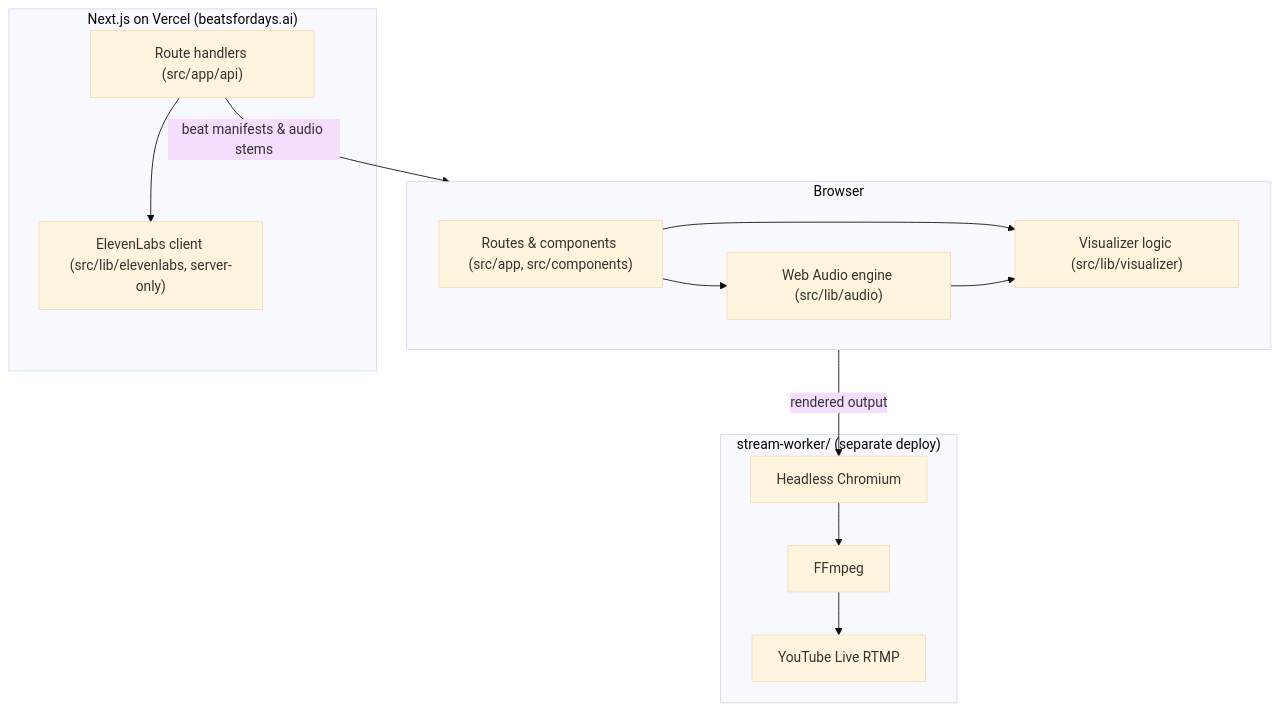
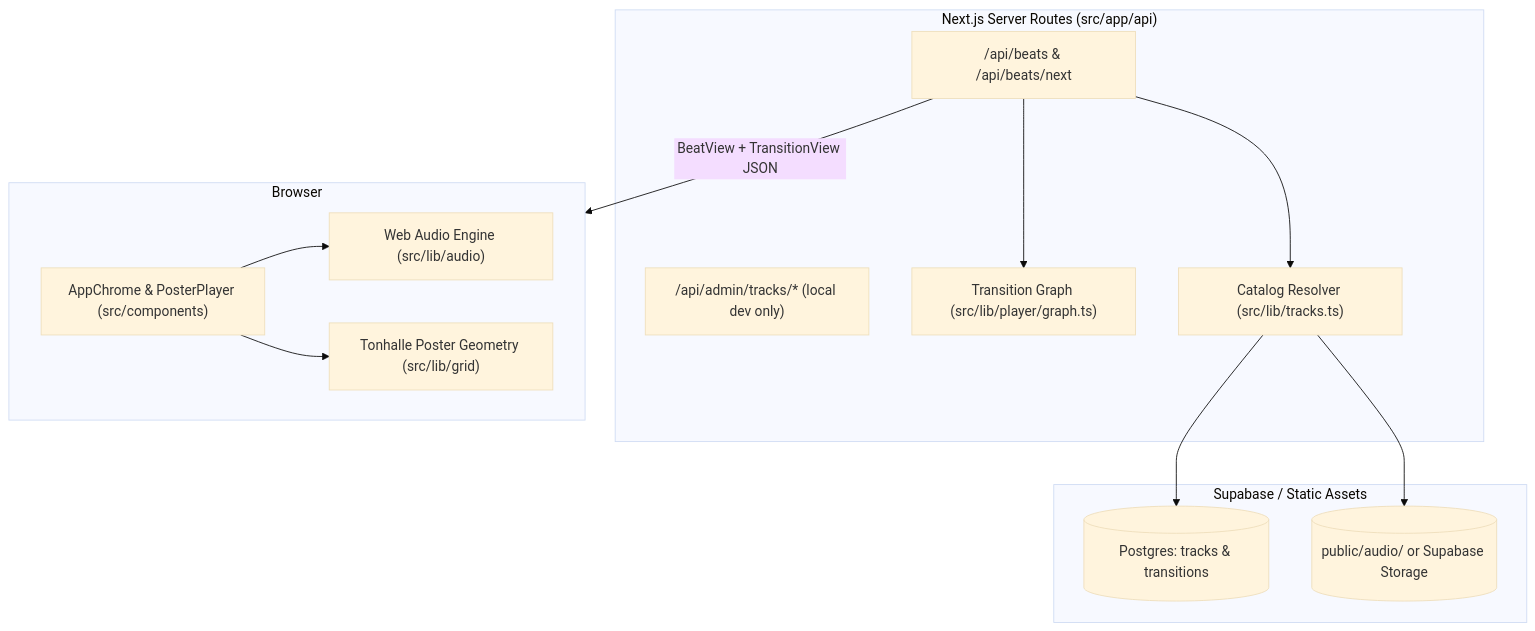
Before and after one commit to hi-humble-hedgehog/beats-for-days: the first of 2 diagrams in docs/architecture/overview.md, drawn with Mermaid (base theme). The commit also changed other lines of this file and 64 other files, not shown here.

````diff
--- a/docs/architecture/overview.md
+++ b/docs/architecture/overview.md
@@ -8,24 +7,28 @@
 ```mermaid
 flowchart TD
-    subgraph Vercel ["Next.js on Vercel (beatsfordays.ai)"]
-        API["Route handlers (src/app/api)"]
-        EL["ElevenLabs client (src/lib/elevenlabs, server-only)"]
-        API --> EL
+    subgraph Server ["Next.js Server Routes (src/app/api)"]
+        BeatsAPI["/api/beats & /api/beats/next"]
+        AdminAPI["/api/admin/tracks/* (local dev only)"]
+        Graph["Transition Graph (src/lib/player/graph.ts)"]
+        Tracks["Catalog Resolver (src/lib/tracks.ts)"]
+        BeatsAPI --> Graph
+        BeatsAPI --> Tracks
     end
 
     subgraph Client ["Browser"]
-        UI["Routes & components (src/app, src/components)"]
-        Audio["Web Audio engine (src/lib/audio)"]
-        Viz["Visualizer logic (src/lib/visualizer)"]
-        UI --> Audio
-        UI --> Viz
-        Audio --> Viz
+        Chrome["AppChrome & PosterPlayer (src/components)"]
+        Audio["Web Audio Engine (src/lib/audio)"]
+        Grid["Tonhalle Poster Geometry (src/lib/grid)"]
+        Chrome --> Audio
+        Chrome --> Grid
     end
 
-    subgraph Worker ["stream-worker/ (separate deploy)"]
-        Headless["Headless Chromium"] --> FFmpeg --> YT["YouTube Live RTMP"]
+    subgraph Storage ["Supabase / Static Assets"]
+        DB[("Postgres: tracks & transitions")]
+        Files[("public/audio/ or Supabase Storage")]
     end
 
-    API -->|"beat manifests & audio stems"| Client
-    Client -->|"rendered output"| Headless
+    Tracks --> DB
+    Tracks --> Files
+    BeatsAPI -->|"BeatView + TransitionView JSON"| Client
 ```
````
